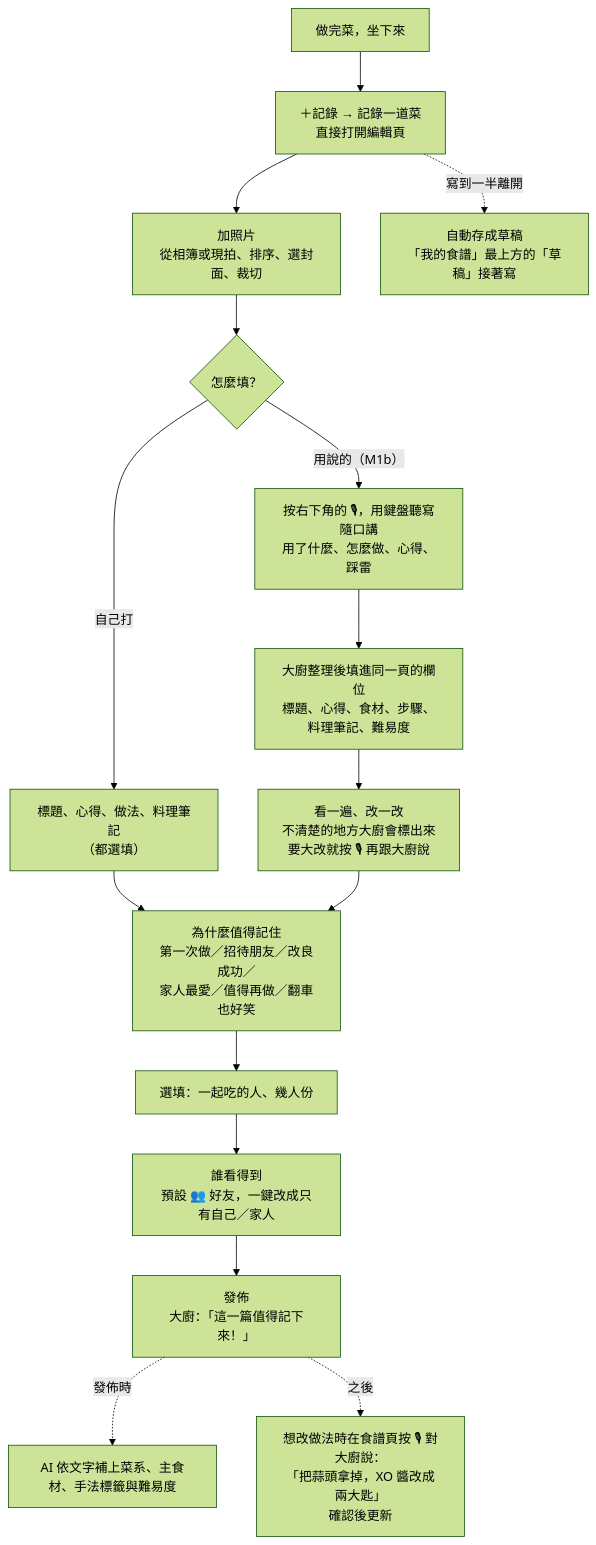
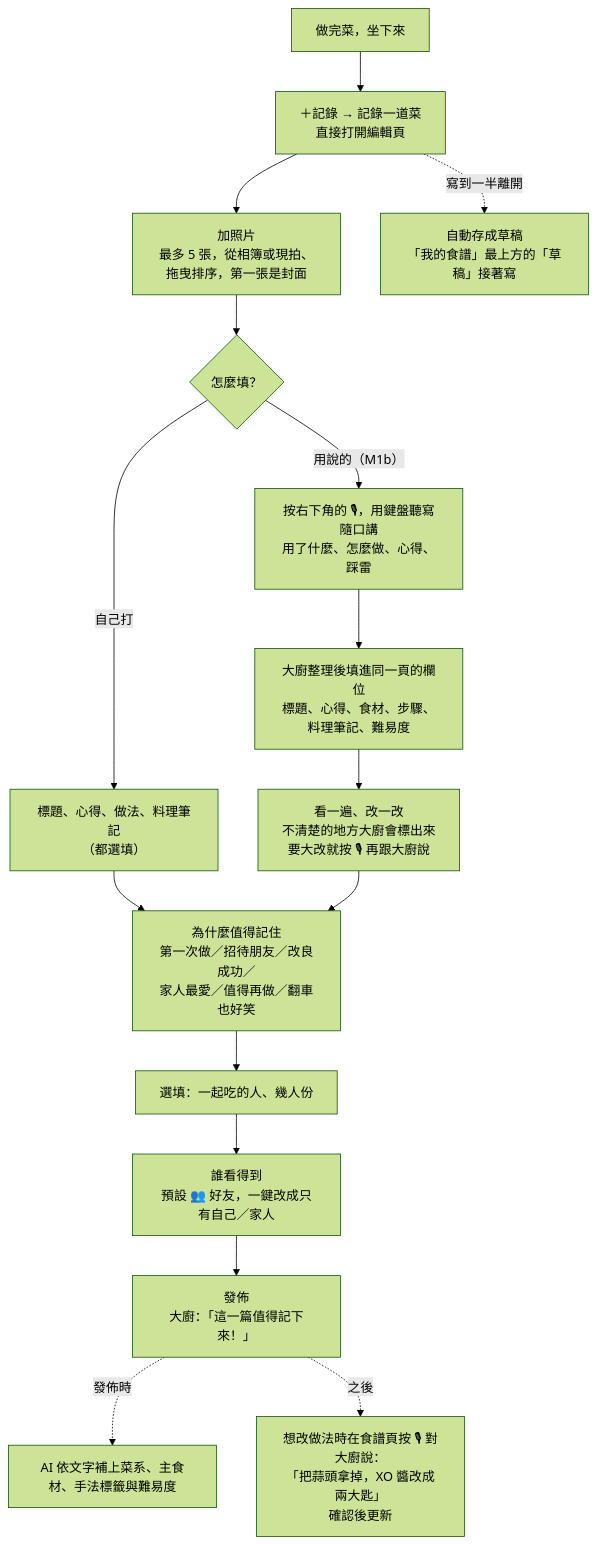
One commit to LeeBoYin/cooking-recipe-app changed the third of 8 diagrams in docs/09-user-flows.md. Above: the diagram before and after it, drawn with Mermaid (forest theme). The commit also changed other lines of this file and 37 other files, not shown here.

````diff
--- a/docs/09-user-flows.md
+++ b/docs/09-user-flows.md
@@ -92,18 +92,18 @@
 ```mermaid
 flowchart TD
   A[做完菜，坐下來] --> D[＋記錄 → 記錄一道菜<br/>直接打開編輯頁]
-  D --> E[加照片<br/>從相簿或現拍、排序、選封面、裁切]
+  D --> E[加照片<br/>最多 5 張，從相簿或現拍、拖曳排序，第一張是封面]
   D -.寫到一半離開.-> C[自動存成草稿<br/>「我的食譜」最上方的「草稿」接著寫]
   E --> W{怎麼填？}
   W -- 自己打 --> F[標題、心得、做法、料理筆記<br/>（都選填）]
   W -- 用說的（M1b） --> V[按右下角的 🎙，用鍵盤聽寫隨口講<br/>用了什麼、怎麼做、心得、踩雷]
   V --> VF[大廚整理後填進同一頁的欄位<br/>標題、心得、食材、步驟、料理筆記、難易度]
   VF --> F2[看一遍、改一改<br/>不清楚的地方大廚會標出來<br/>要大改就按 🎙 再跟大廚說]
   F --> G[為什麼值得記住<br/>第一次做／招待朋友／改良成功／<br/>家人最愛／值得再做／翻車也好笑]
   F2 --> G
   G --> H[選填：一起吃的人、幾人份]
   H --> I[誰看得到<br/>預設 👥 好友，一鍵改成只有自己／家人]
   I --> J[發佈<br/>大廚：「這一篇值得記下來！」]
   J -.發佈時.-> K[AI 依文字補上菜系、主食材、手法標籤與難易度]
   J -.之後.-> R[想改做法時在食譜頁按 🎙 對大廚說：<br/>「把蒜頭拿掉，XO 醬改成兩大匙」<br/>確認後更新]
 ```
````
